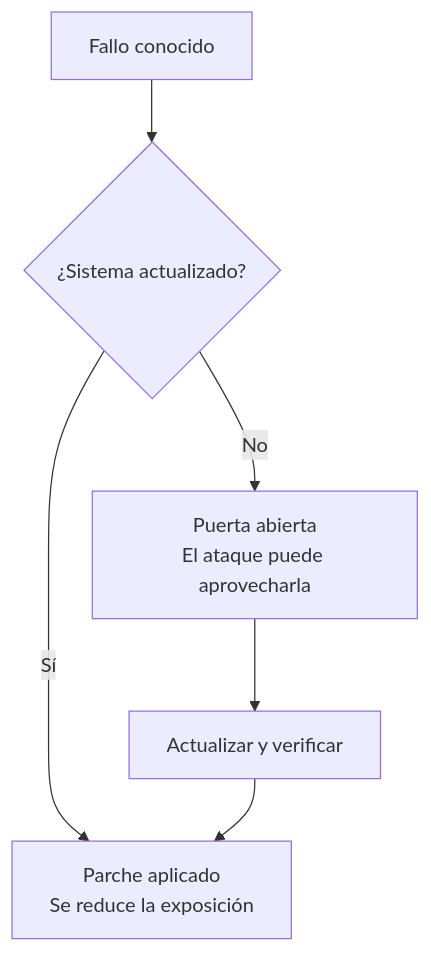
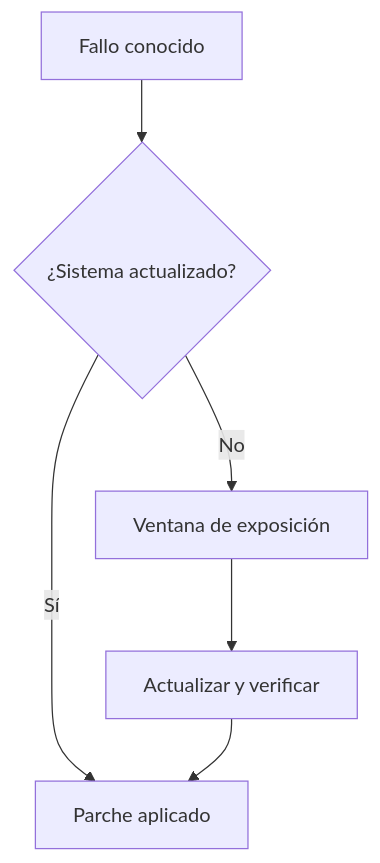
The seventh of 10 diagrams in materiales/diapositivas/UD01_diapositivas.md (martalopezron92/2026-2SMR-SEGINF-Material), drawn with Mermaid before and after one commit. The commit also changed other lines of this file, not shown here.

````diff
--- a/materiales/diapositivas/UD01_diapositivas.md
+++ b/materiales/diapositivas/UD01_diapositivas.md
@@ -377,8 +255,8 @@
 ```mermaid
 flowchart TD
-    F[Fallo conocido] --> X{¿Sistema actualizado?}
-    X -->|Sí| B[Parche aplicado\nSe reduce la exposición]
-    X -->|No| P[Puerta abierta\nEl ataque puede aprovecharla]
-    P --> A[Actualizar y verificar]
-    A --> B
+ F[Fallo conocido] --> Q{¿Sistema actualizado?}
+ Q -->|Sí| P[Parche aplicado]
+ Q -->|No| X[Ventana de exposición]
+ X --> A[Actualizar y verificar]
+ A --> P
 ```
````
